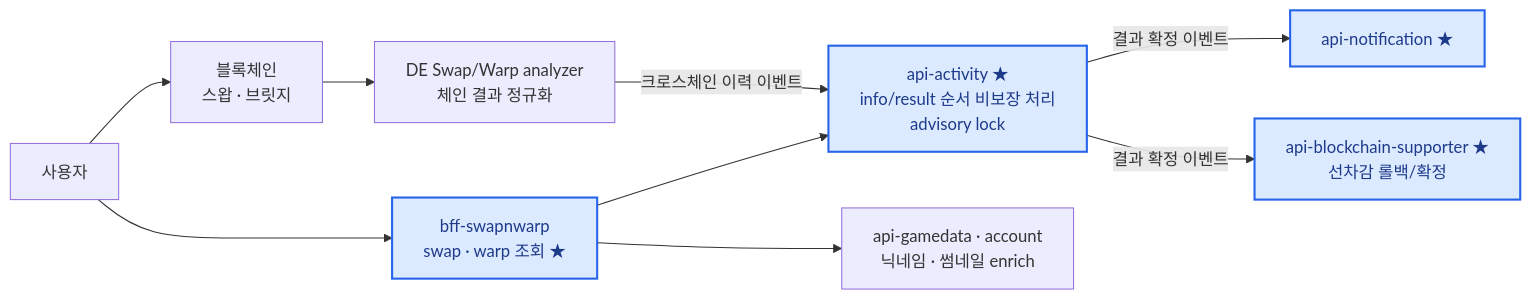
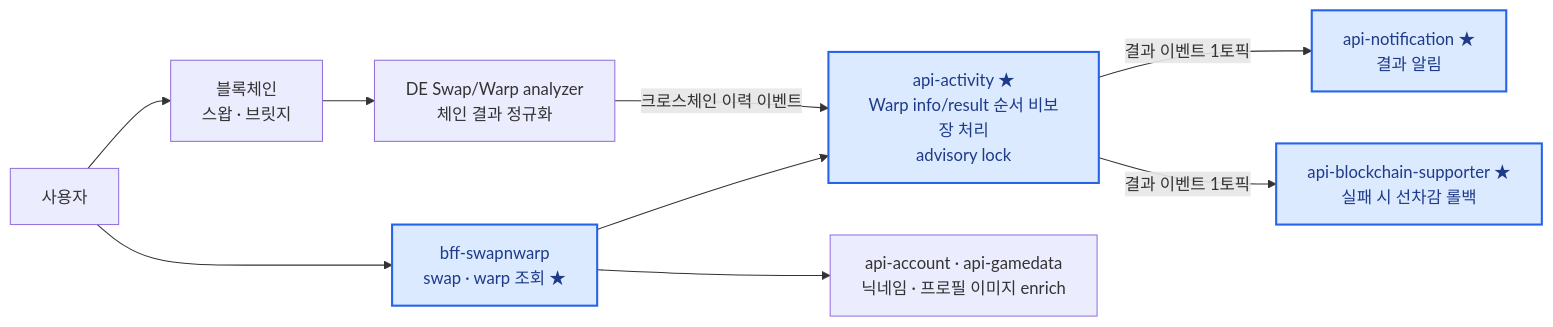
One commit to shalwxy/career changed the diagram in content/diagrams/swapwarp.mmd. Above: the diagram before and after it, drawn with Mermaid. The commit also changed 30 other files, not shown here.

```diff
--- a/content/diagrams/swapwarp.mmd
+++ b/content/diagrams/swapwarp.mmd
@@ -1,13 +1,13 @@
 %% title: Swap & Warp — 크로스체인 전송 이력
 %% title_en: Swap & Warp — cross-chain transfer history
 flowchart LR
     U[사용자] --> SW[bff-swapnwarp<br/>swap · warp 조회 ★]
     U --> BC[블록체인<br/>스왑 · 브릿지]
     BC --> DEA[DE Swap/Warp analyzer<br/>체인 결과 정규화]
-    DEA -- 크로스체인 이력 이벤트 --> ACT[api-activity ★<br/>info/result 순서 비보장 처리<br/>advisory lock]
-    ACT -- 결과 확정 이벤트 --> NT[api-notification ★]
-    ACT -- 결과 확정 이벤트 --> BCS[api-blockchain-supporter ★<br/>선차감 롤백/확정]
+    DEA -- 크로스체인 이력 이벤트 --> ACT[api-activity ★<br/>Warp info/result 순서 비보장 처리<br/>advisory lock]
+    ACT -- 결과 이벤트 1토픽 --> NT[api-notification ★<br/>결과 알림]
+    ACT -- 결과 이벤트 1토픽 --> BCS[api-blockchain-supporter ★<br/>실패 시 선차감 롤백]
     SW --> ACT
-    SW --> GD[api-gamedata · account<br/>닉네임 · 썸네일 enrich]
+    SW --> GD[api-account · api-gamedata<br/>닉네임 · 프로필 이미지 enrich]
     classDef mine fill:#dbeafe,stroke:#2563eb,stroke-width:2px,color:#1e3a8a
     class SW,ACT,NT,BCS mine
```
